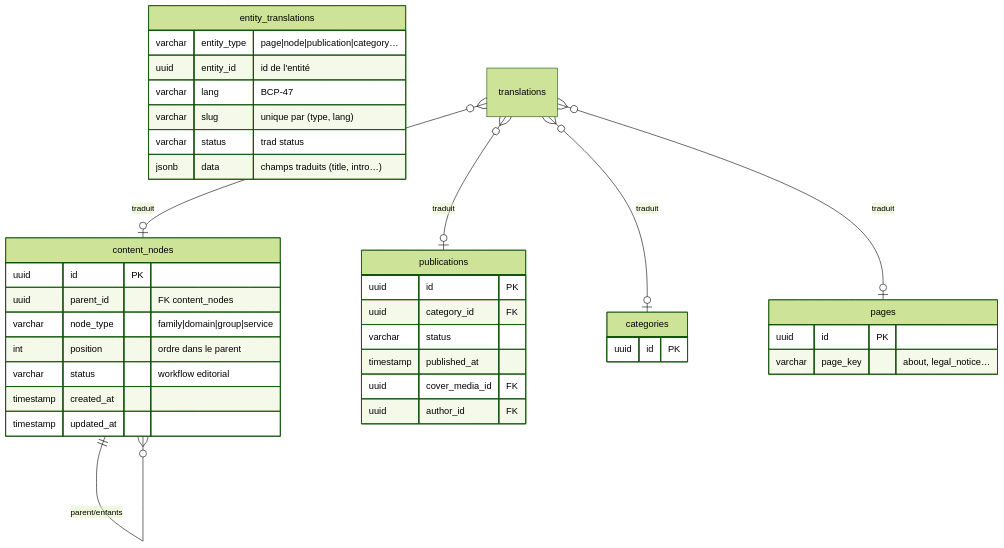
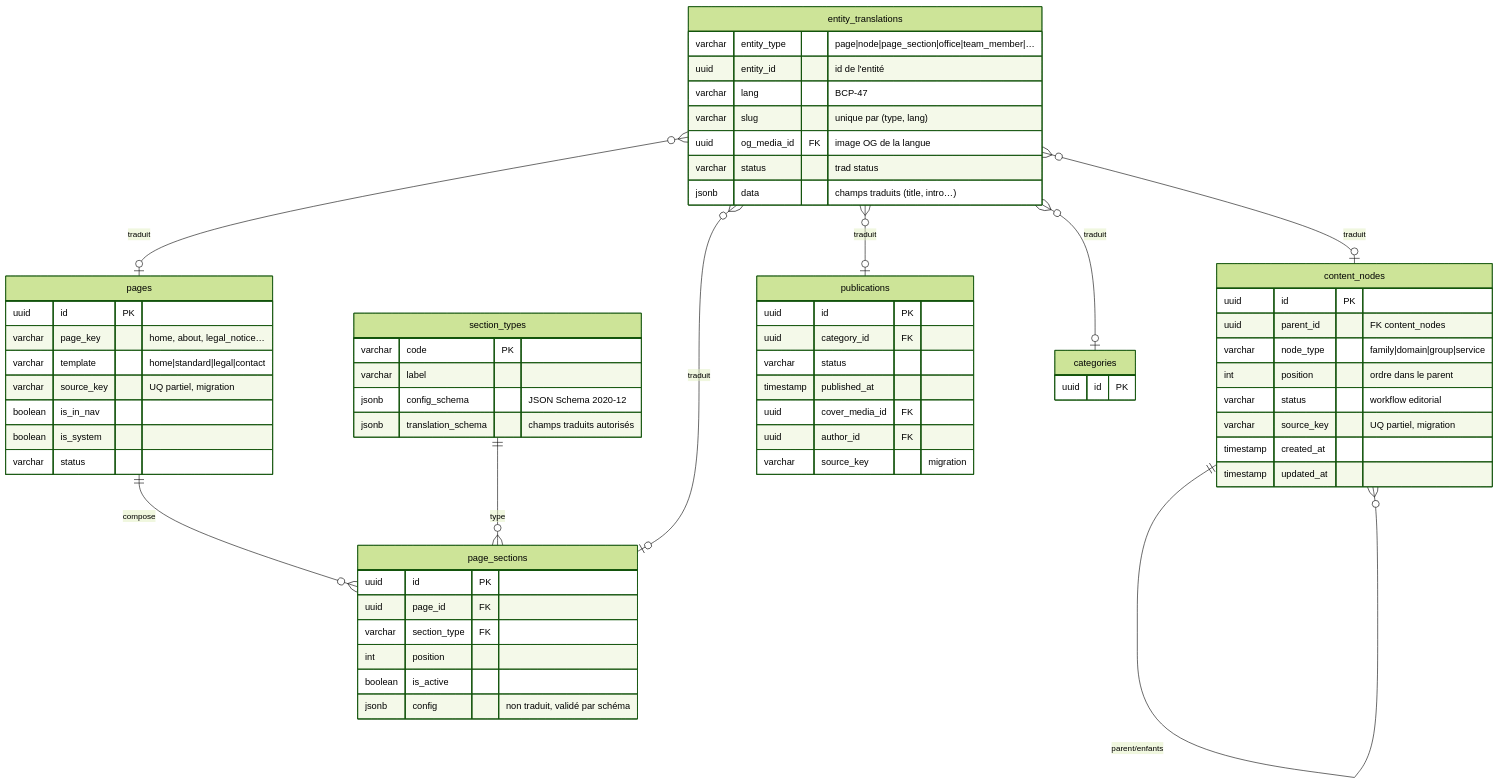
One commit to DonArhouna/Exauce changed the first of 9 diagrams in Analyse/modelisation/docs/06-donnees.md. Above: the diagram before and after it, drawn with Mermaid (forest theme). The commit also changed other lines of this file and 2 other files, not shown here.

Commit message:
docs(analyse): schema cible (pages/sections, bureaux, equipe, SEO par langue), redirections uniques et ecrans back-office

````diff
--- a/Analyse/modelisation/docs/06-donnees.md
+++ b/Analyse/modelisation/docs/06-donnees.md
@@ -29,40 +37,65 @@
 ```mermaid
 erDiagram
   content_nodes {
     uuid id PK
     uuid parent_id "FK content_nodes"
     varchar node_type "family|domain|group|service"
     int position "ordre dans le parent"
     varchar status "workflow editorial"
+    varchar source_key "UQ partiel, migration"
     timestamp created_at
     timestamp updated_at
   }
+  pages {
+    uuid id PK
+    varchar page_key "home, about, legal_notice…"
+    varchar template "home|standard|legal|contact"
+    varchar source_key "UQ partiel, migration"
+    boolean is_in_nav
+    boolean is_system
+    varchar status
+  }
+  section_types {
+    varchar code PK
+    varchar label
+    jsonb config_schema "JSON Schema 2020-12"
+    jsonb translation_schema "champs traduits autorisés"
+  }
+  page_sections {
+    uuid id PK
+    uuid page_id FK
+    varchar section_type FK
+    int position
+    boolean is_active
+    jsonb config "non traduit, validé par schéma"
+  }
   entity_translations {
-    varchar entity_type "page|node|publication|category…"
+    varchar entity_type "page|node|page_section|office|team_member|…"
     uuid entity_id "id de l'entité"
     varchar lang "BCP-47"
     varchar slug "unique par (type, lang)"
+    uuid og_media_id FK "image OG de la langue"
     varchar status "trad status"
     jsonb data "champs traduits (title, intro…)"
   }
   publications {
     uuid id PK
     uuid category_id FK
     varchar status
     timestamp published_at
     uuid cover_media_id FK
     uuid author_id FK
+    varchar source_key "migration"
   }
   categories {
     uuid id PK
   }
-  pages {
-    uuid id PK
-    varchar page_key "about, legal_notice…"
-  }
   content_nodes ||--o{ content_nodes : "parent/enfants"
-  translations }o--o| content_nodes : "traduit"
-  translations }o--o| publications : "traduit"
-  translations }o--o| pages : "traduit"
-  translations }o--o| categories : "traduit"
+  pages ||--o{ page_sections : "compose"
+  section_types ||--o{ page_sections : "type"
+  entity_translations }o--o| content_nodes : "traduit"
+  entity_translations }o--o| pages : "traduit"
+  entity_translations }o--o| page_sections : "traduit"
+  entity_translations }o--o| publications : "traduit"
+  entity_translations }o--o| categories : "traduit"
 ```
````
